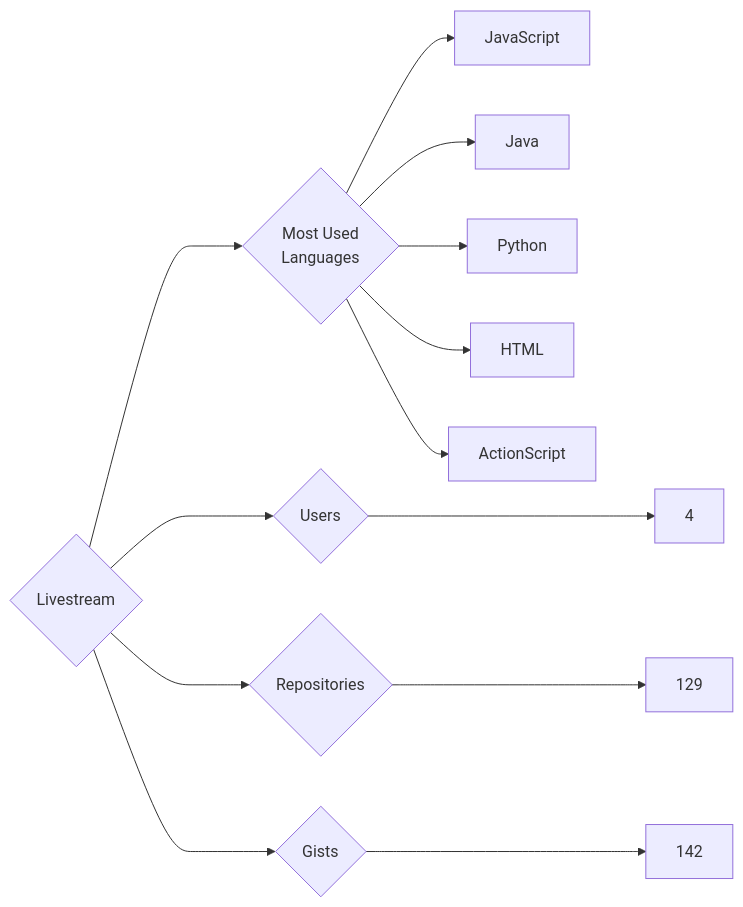
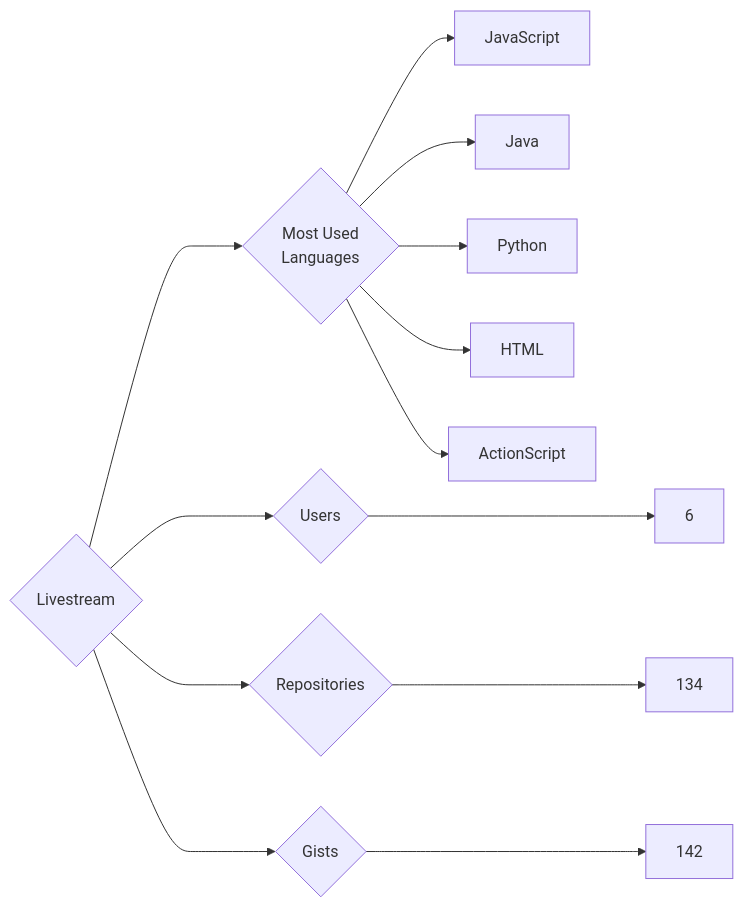
Before and after one commit to trickest/insiders: the diagram in targets/Livestream/README.md, drawn with Mermaid. The commit also changed 845 other files, not shown here.

````diff
--- a/targets/Livestream/README.md
+++ b/targets/Livestream/README.md
@@ -3,13 +3,13 @@
 ```mermaid
 graph LR
 COMPANY_NAME{Livestream}
-COMPANY_NAME ---> U{Users} ---> UN[4]
-COMPANY_NAME ---> R{Repositories} ---> RN[129]
+COMPANY_NAME ---> U{Users} ---> UN[6]
+COMPANY_NAME ---> R{Repositories} ---> RN[134]
 COMPANY_NAME ---> G{Gists} ---> GN[142]
 COMPANY_NAME ---> ML{Most Used<br>Languages}
 ML --> JavaScript[JavaScript]
 ML --> Java[Java]
 ML --> Python[Python]
 ML --> HTML[HTML]
 ML --> ActionScript[ActionScript]
 ```
````
